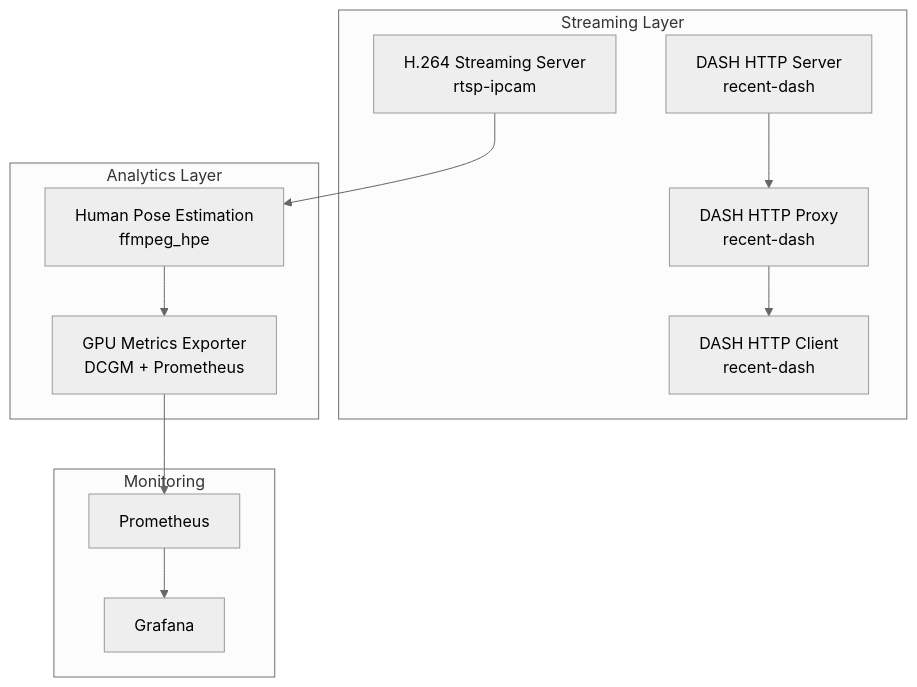
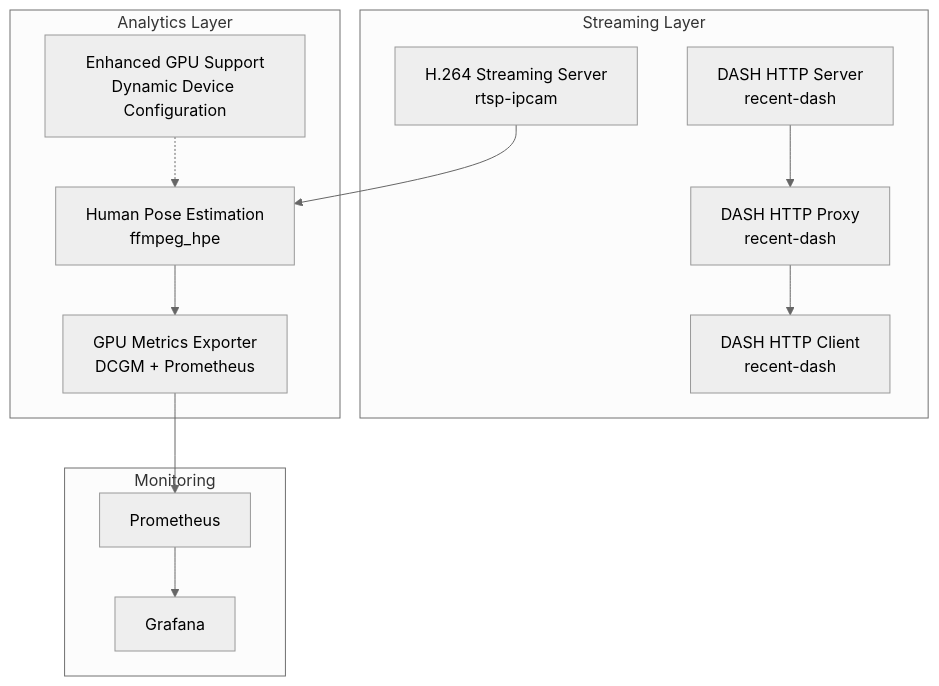
One commit to Fogus-Gr/MeasurementsDTs changed the first of 7 diagrams in .qoder/repowiki/en/content/Deployment Infrastructure/Deployment Infrastructure.md. Above: the diagram before and after it, drawn with Mermaid (neutral theme). The commit also changed other lines of this file and 8 other files, not shown here.

````diff
--- a/.qoder/repowiki/en/content/Deployment Infrastructure/Deployment Infrastructure.md
+++ b/.qoder/repowiki/en/content/Deployment Infrastructure/Deployment Infrastructure.md
@@ -50,21 +59,23 @@
 ```mermaid
 graph TB
 subgraph "Streaming Layer"
 Srv["H.264 Streaming Server<br/>rtsp-ipcam"]
 DashSrv["DASH HTTP Server<br/>recent-dash"]
 DashProxy["DASH HTTP Proxy<br/>recent-dash"]
 DashClient["DASH HTTP Client<br/>recent-dash"]
 end
 subgraph "Analytics Layer"
 HPE["Human Pose Estimation<br/>ffmpeg_hpe"]
 Metrics["GPU Metrics Exporter<br/>DCGM + Prometheus"]
+EnhancedGPU["Enhanced GPU Support<br/>Dynamic Device Configuration"]
 end
 subgraph "Monitoring"
 Prom["Prometheus"]
 Graf["Grafana"]
 end
 Srv --> HPE
 DashSrv --> DashProxy --> DashClient
 HPE --> Metrics
 Metrics --> Prom --> Graf
+EnhancedGPU -.-> HPE
 ```
````
